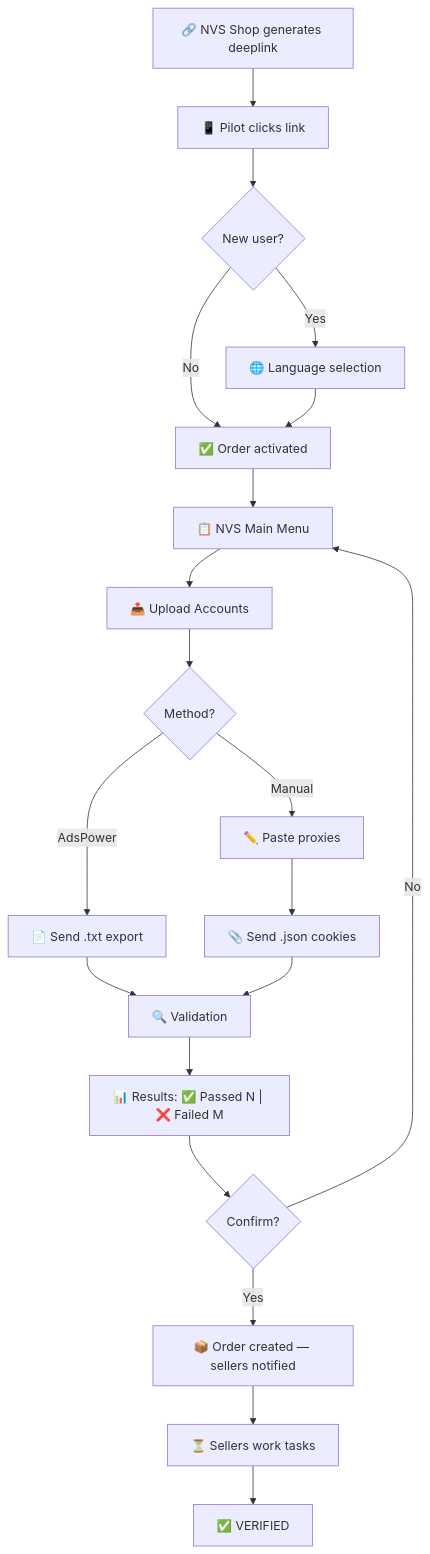
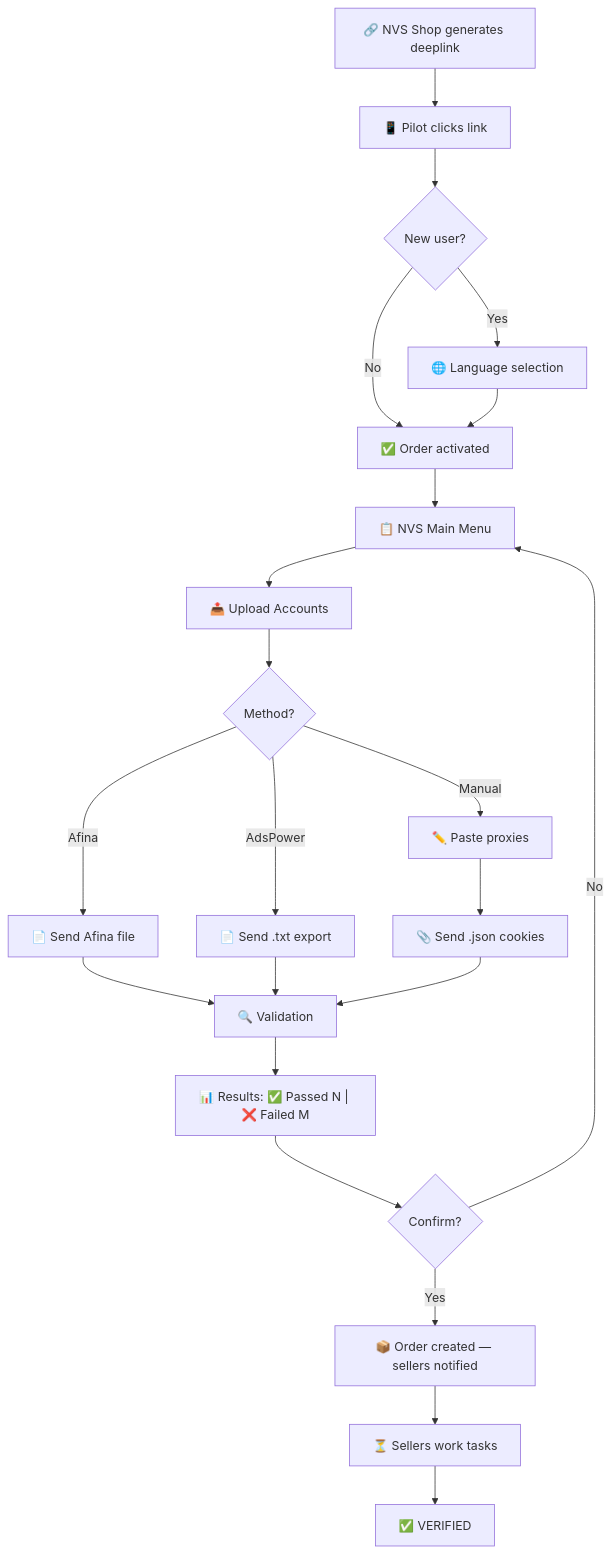
The second of 7 diagrams in src/content/docs/en/kyc/pilot-faq.md (AutoPilotSoftware/docs), drawn with Mermaid before and after one commit. The commit also changed other lines of this file and 9 other files, not shown here.

````diff
--- a/src/content/docs/en/kyc/pilot-faq.md
+++ b/src/content/docs/en/kyc/pilot-faq.md
@@ -102,26 +102,28 @@
 ```mermaid
 flowchart TD
     A["🔗 NVS Shop generates deeplink"] --> B["📱 Pilot clicks link"]
     B --> C{"New user?"}
     C -->|Yes| D["🌐 Language selection"]
     C -->|No| E["✅ Order activated"]
     D --> E
 
     E --> F["📋 NVS Main Menu"]
     F --> G["📤 Upload Accounts"]
     G --> L{"Method?"}
 
+    L -->|Afina| M0["📄 Send Afina file"]
     L -->|AdsPower| M["📄 Send .txt export"]
     L -->|Manual| N["✏️ Paste proxies"]
     N --> O["📎 Send .json cookies"]
 
-    M --> P["🔍 Validation"]
+    M0 --> P["🔍 Validation"]
+    M --> P
     O --> P
 
     P --> Q["📊 Results: ✅ Passed N | ❌ Failed M"]
     Q --> R{"Confirm?"}
     R -->|Yes| S["📦 Order created — sellers notified"]
     R -->|No| F
     S --> T["⏳ Sellers work tasks"]
     T --> U["✅ VERIFIED"]
 ```
````
